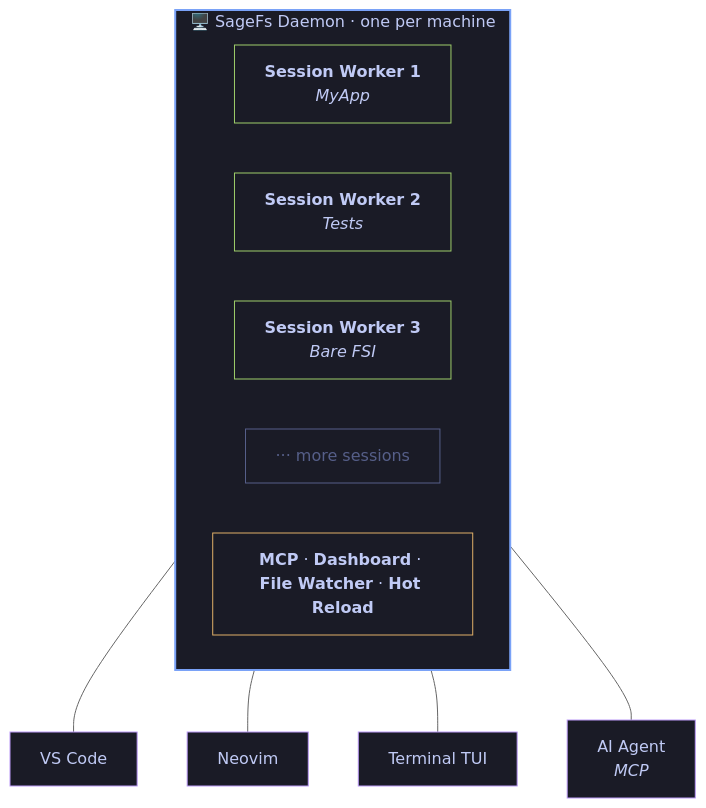
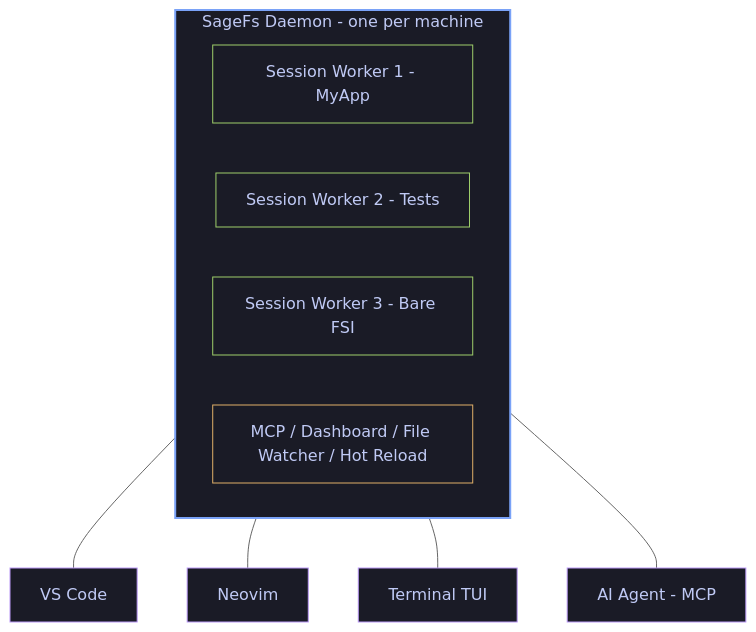
The second of 2 diagrams in Readme.md (WillEhrendreich/SageFs), drawn with Mermaid (neutral theme) before and after one commit. The commit also changed other lines of this file and 2 other files, not shown here.

Commit message:
fix(docs): remove HTML tags from Mermaid diagrams for GitHub rendering
GitHub's Mermaid renderer fails with 'Cannot read properties of
undefined' when labels contain <b>, <i>, <br/> HTML tags or emoji.
Simplified both diagrams to plain text labels.

````diff
--- a/Readme.md
+++ b/Readme.md
@@ -212,26 +212,24 @@
 ```mermaid
 graph TB
-    subgraph D["🖥️  SageFs Daemon  ·  one per machine"]
-        S1["<b>Session Worker 1</b><br/><i>MyApp</i>"]
-        S2["<b>Session Worker 2</b><br/><i>Tests</i>"]
-        S3["<b>Session Worker 3</b><br/><i>Bare FSI</i>"]
-        SX["···  more sessions"]
-        SVC["<b>MCP</b> · <b>Dashboard</b> · <b>File Watcher</b> · <b>Hot Reload</b>"]
+    subgraph D[SageFs Daemon - one per machine]
+        S1[Session Worker 1 - MyApp]
+        S2[Session Worker 2 - Tests]
+        S3[Session Worker 3 - Bare FSI]
+        SVC[MCP / Dashboard / File Watcher / Hot Reload]
     end
 
-    D --- VS["VS Code"]
-    D --- NV["Neovim"]
-    D --- TU["Terminal TUI"]
-    D --- AI["AI Agent<br/><i>MCP</i>"]
+    D --- VS[VS Code]
+    D --- NV[Neovim]
+    D --- TU[Terminal TUI]
+    D --- AI[AI Agent - MCP]
 
     style D fill:#1a1b26,stroke:#7aa2f7,stroke-width:2px,color:#c0caf5
     style S1 fill:#1a1b26,stroke:#9ece6a,color:#c0caf5
     style S2 fill:#1a1b26,stroke:#9ece6a,color:#c0caf5
     style S3 fill:#1a1b26,stroke:#9ece6a,color:#c0caf5
-    style SX fill:#1a1b26,stroke:#565f89,color:#565f89
     style SVC fill:#1a1b26,stroke:#e0af68,color:#c0caf5
     style VS fill:#1a1b26,stroke:#bb9af7,color:#c0caf5
     style NV fill:#1a1b26,stroke:#bb9af7,color:#c0caf5
     style TU fill:#1a1b26,stroke:#bb9af7,color:#c0caf5
     style AI fill:#1a1b26,stroke:#bb9af7,color:#c0caf5
 ```
````
